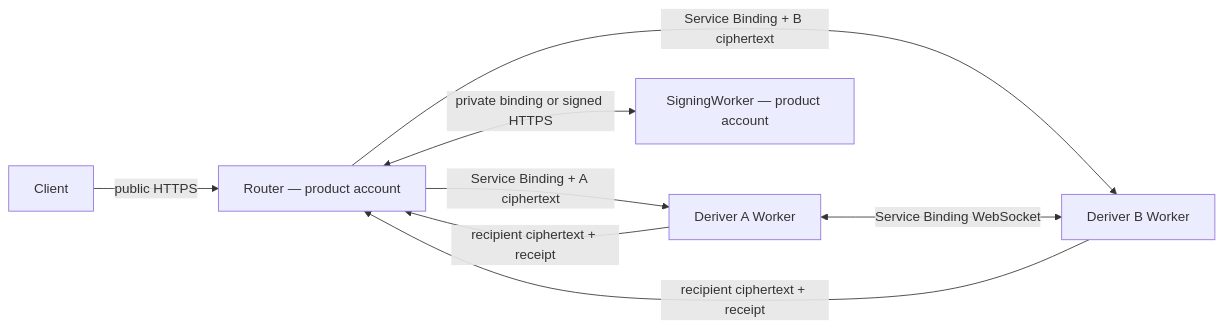
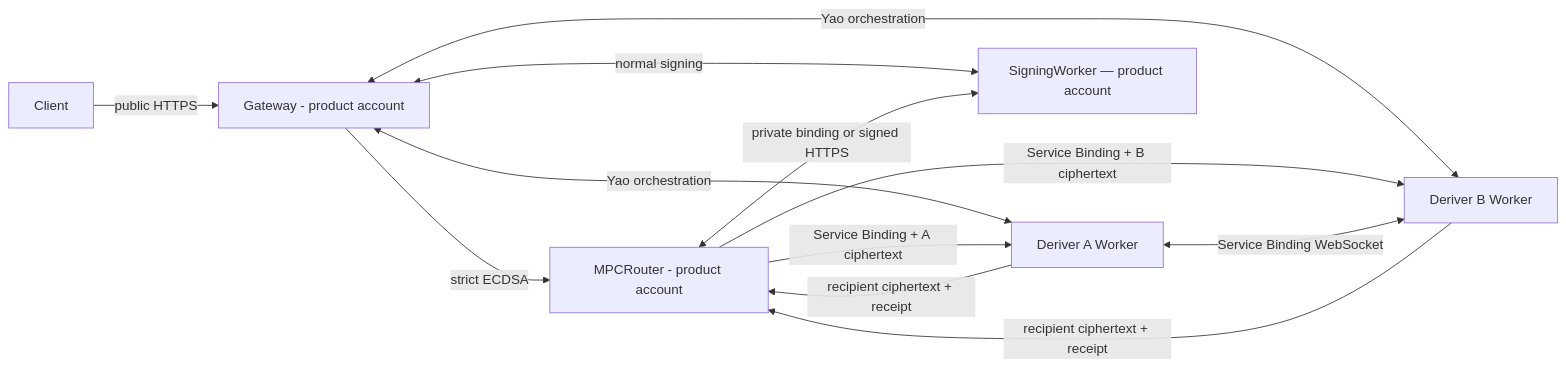
One commit to seams-tech/seams-sdk changed the diagram in docs/router-a-b-deployment.md. Above: the diagram before and after it, drawn with Mermaid. The commit also changed other lines of this file and 60 other files, not shown here.

````diff
--- a/docs/router-a-b-deployment.md
+++ b/docs/router-a-b-deployment.md
@@ -49,10 +49,14 @@
 ```mermaid
 flowchart LR
-  C["Client"] -->|"public HTTPS"| R["Router — product account"]
+  C["Client"] -->|"public HTTPS"| G["Gateway - product account"]
+  G -->|"strict ECDSA"| R["MPCRouter - product account"]
+  G <-->|"Yao orchestration"| A
+  G <-->|"Yao orchestration"| B
+  G <-->|"normal signing"| SW
   R -->|"Service Binding + A ciphertext"| A["Deriver A Worker"]
   R -->|"Service Binding + B ciphertext"| B["Deriver B Worker"]
   A <-->|"Service Binding WebSocket"| B
   A -->|"recipient ciphertext + receipt"| R
   B -->|"recipient ciphertext + receipt"| R
   R <-->|"private binding or signed HTTPS"| SW["SigningWorker — product account"]
 ```
````
